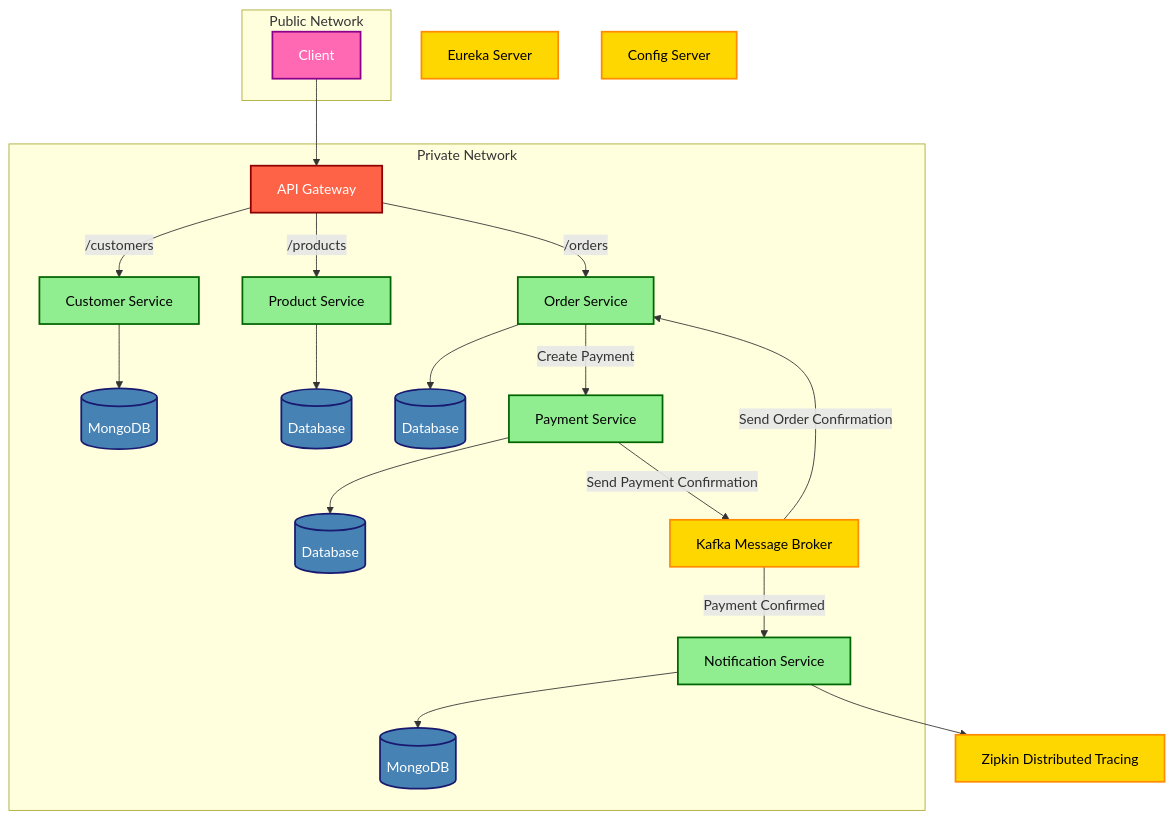
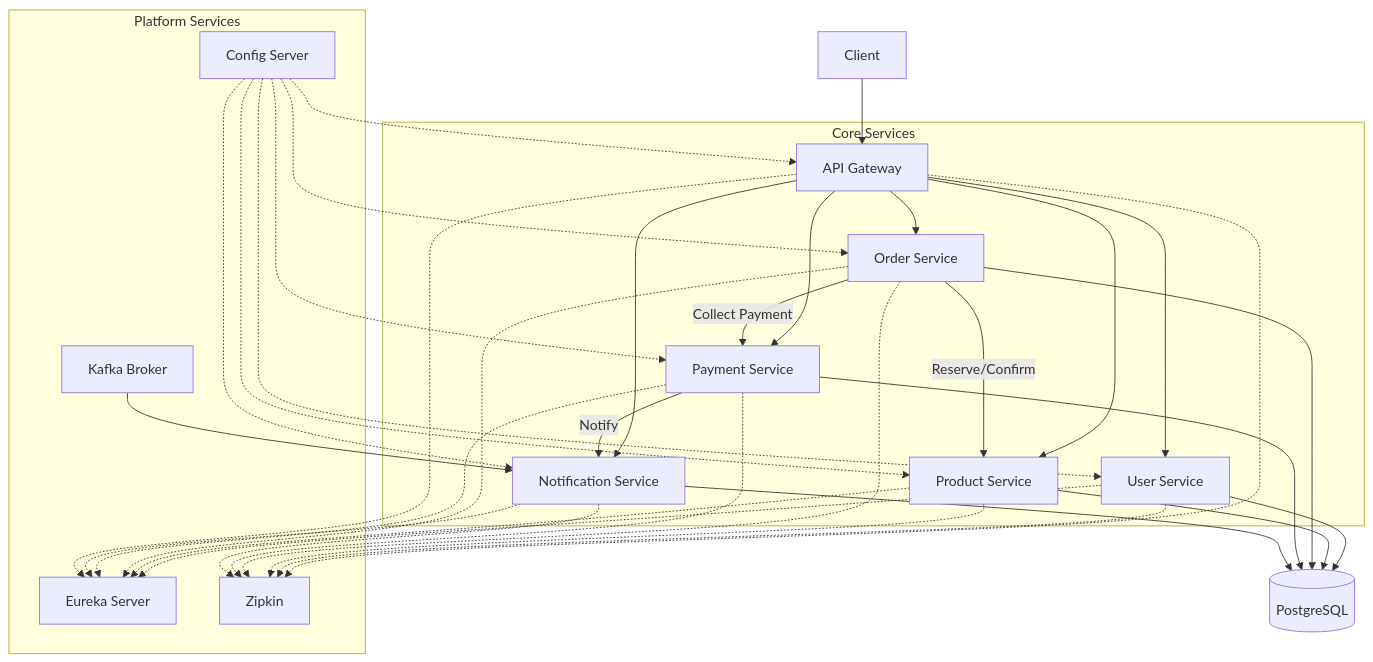
The diagram in README.md (AshifurNahid/Ecommerce-Microservice), drawn with Mermaid before and after one commit. The commit also changed other lines of this file, not shown here.

Commit message:
Clarify README with current service catalog

````diff
--- a/README.md
+++ b/README.md
@@ -24,68 +46,52 @@
 ```mermaid
 flowchart TD
-    %% External Client
     Client[Client] --> Gateway[API Gateway]
-    
-    %% Private Network Services
-    Gateway -->|/customers| Customer[Customer Service]
-    Gateway -->|/products| Product[Product Service] 
-    Gateway -->|/orders| Order[Order Service]
-    
-    %% Databases for each service
-    Customer --> CustomerDB[(MongoDB)]
-    Product --> ProductDB[(Database)]
-    Order --> OrderDB[(Database)]
-    
-    %% Payment flow
-    Order -->|Create Payment| Payment[Payment Service]
-    Payment --> PaymentDB[(Database)]
-    
-    %% Async messaging through Kafka
-    Payment -->|Send Payment Confirmation| Kafka[Kafka Message Broker]
-    Kafka -->|Payment Confirmed| Notification[Notification Service]
-    Kafka -->|Send Order Confirmation| Order
-    
-    %% Notification database
-    Notification --> NotificationDB[(MongoDB)]
-    
-    %% External tracing
-    Notification --> Zipkin[Zipkin Distributed Tracing]
-    
-    %% Infrastructure services (bottom)
-    Eureka[Eureka Server]
-    Config[Config Server]
-    
-    %% Network boundaries
-    subgraph "Public Network"
-        Client
+
+    subgraph Core Services
+        Gateway --> UserSvc[User Service]
+        Gateway --> ProductSvc[Product Service]
+        Gateway --> OrderSvc[Order Service]
+        Gateway --> PaymentSvc[Payment Service]
+        Gateway --> NotificationSvc[Notification Service]
     end
-    
-    subgraph "Private Network"
-        Gateway
-        Customer
-        Product
-        Order
-        Payment
-        Notification
-        CustomerDB
-        ProductDB
-        OrderDB
-        PaymentDB
-        NotificationDB
-        Kafka
+
+    UserSvc --> Postgres[(PostgreSQL)]
+    ProductSvc --> Postgres
+    OrderSvc --> Postgres
+    PaymentSvc --> Postgres
+    NotificationSvc --> Postgres
+
+    OrderSvc -->|Reserve/Confirm| ProductSvc
+    OrderSvc -->|Collect Payment| PaymentSvc
+    PaymentSvc -->|Notify| NotificationSvc
+
+    subgraph Platform Services
+        Config[Config Server]
+        Eureka[Eureka Server]
+        Zipkin[Zipkin]
+        Kafka[Kafka Broker]
     end
-    
-    %% Styling
-    classDef service fill:#90EE90,stroke:#006400,stroke-width:2px,color:#000
-    classDef database fill:#4682B4,stroke:#191970,stroke-width:2px,color:#fff
-    classDef infra fill:#FFD700,stroke:#FF8C00,stroke-width:2px,color:#000
-    classDef gateway fill:#FF6347,stroke:#8B0000,stroke-width:2px,color:#fff
-    classDef client fill:#FF69B4,stroke:#8B008B,stroke-width:2px,color:#fff
-    
-    class Customer,Product,Order,Payment,Notification service
-    class CustomerDB,ProductDB,OrderDB,PaymentDB,NotificationDB database
-    class Eureka,Config,Zipkin,Kafka infra
-    class Gateway gateway
-    class Client client
 
+    Config -.-> Gateway
+    Config -.-> UserSvc
+    Config -.-> ProductSvc
+    Config -.-> OrderSvc
+    Config -.-> PaymentSvc
+    Config -.-> NotificationSvc
+
+    UserSvc -.-> Eureka
+    ProductSvc -.-> Eureka
+    OrderSvc -.-> Eureka
+    PaymentSvc -.-> Eureka
+    NotificationSvc -.-> Eureka
+    Gateway -.-> Eureka
+
+    Gateway -.-> Zipkin
+    UserSvc -.-> Zipkin
+    ProductSvc -.-> Zipkin
+    OrderSvc -.-> Zipkin
+    PaymentSvc -.-> Zipkin
+    NotificationSvc -.-> Zipkin
+
+    Kafka --> NotificationSvc
 ```
````
